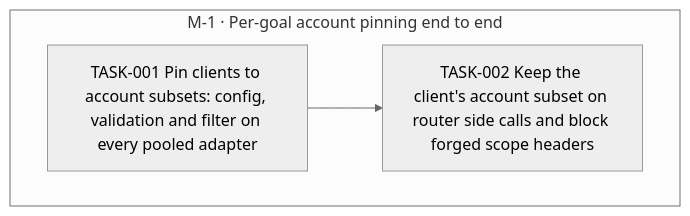
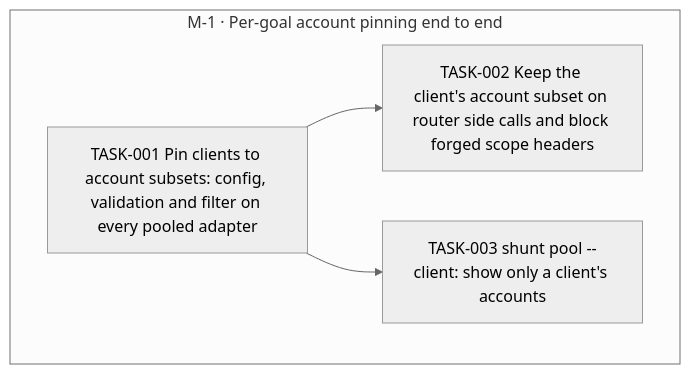
The diagram in goals/account-pinning/README.md (jesusvillota/shunt), drawn with Mermaid (neutral theme) before and after one commit. The commit also changed 1 other file, not shown here.

Commit message:
goal(account-pinning): add TASK-003 shunt pool --client: show only a client's accounts

````diff
--- a/goals/account-pinning/README.md
+++ b/goals/account-pinning/README.md
@@ -19,11 +19,13 @@
 ```mermaid
 flowchart TD
   subgraph M_1["M-1 · Per-goal account pinning end to end"]
     TASK_001["TASK-001 Pin clients to account subsets: config, validation and filter on every pooled adapter"]
     TASK_002["TASK-002 Keep the client's account subset on router side calls and block forged scope headers"]
+    TASK_003["TASK-003 shunt pool --client: show only a client's accounts"]
   end
   TASK_001 --> TASK_002
+  TASK_001 --> TASK_003
   classDef draft stroke-dasharray: 4 3
   classDef cancelled opacity:0.45
   classDef decision fill:#f3e8ff,stroke:#7c3aed
 ```
````
